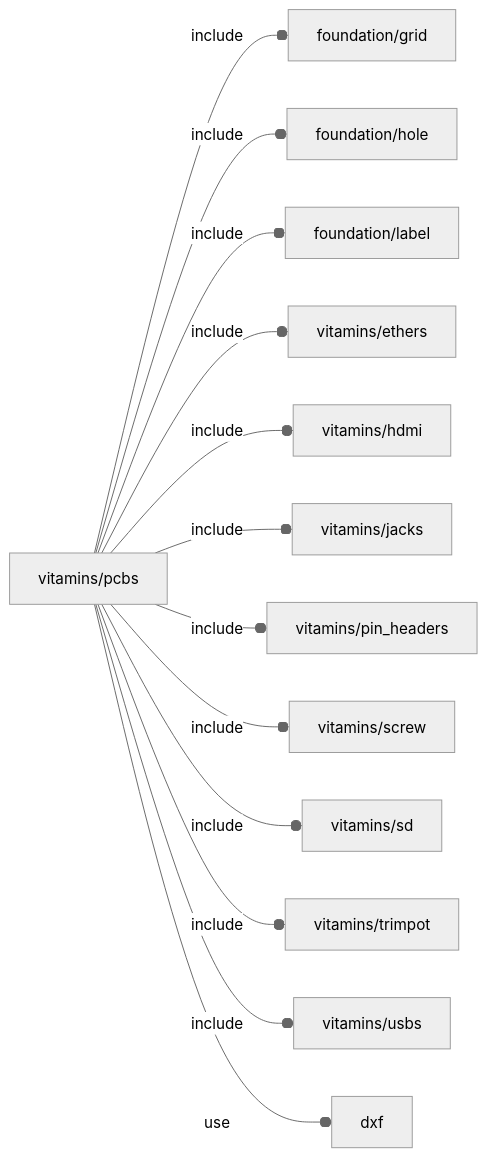
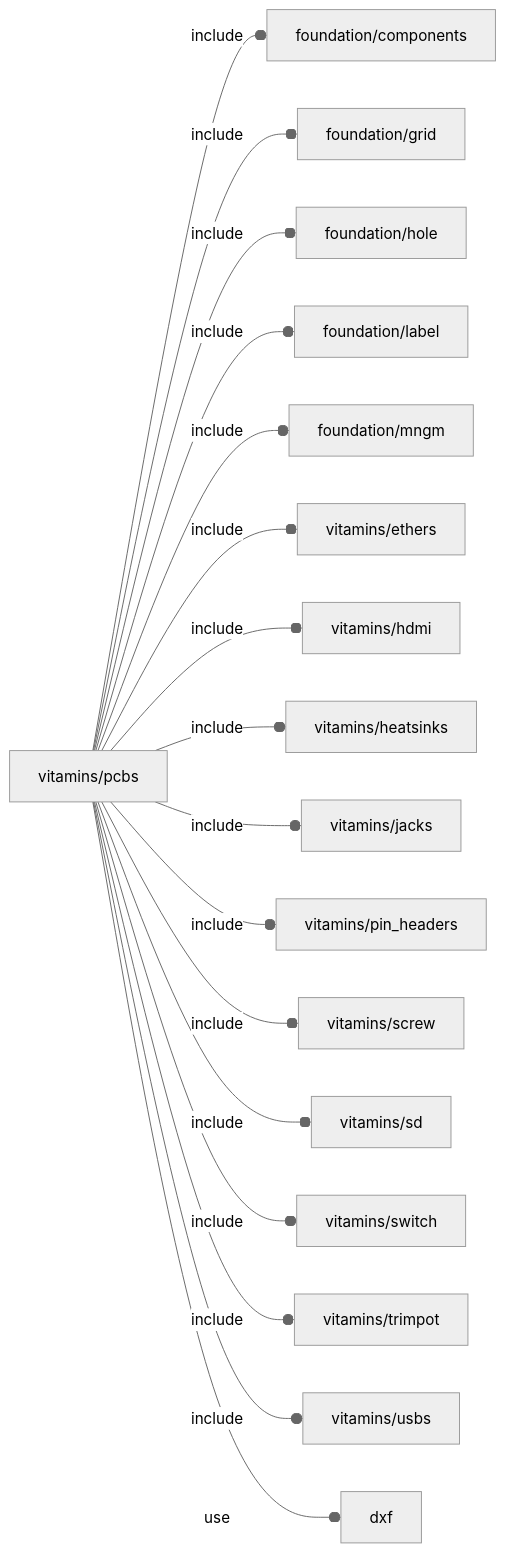
One commit to ggabbiani/OFL changed the diagram in orthodocs/vitamins/pcbs.md. Above: the diagram before and after it, drawn with Mermaid (neutral theme). The commit also changed other lines of this file and 39 other files, not shown here.

````diff
--- a/orthodocs/vitamins/pcbs.md
+++ b/orthodocs/vitamins/pcbs.md
@@ -5,15 +5,19 @@
 ```mermaid
 graph LR
-    A1[vitamins/pcbs] --o|include| A2[foundation/grid]
-    A1 --o|include| A3[foundation/hole]
-    A1 --o|include| A4[foundation/label]
-    A1 --o|include| A5[vitamins/ethers]
-    A1 --o|include| A6[vitamins/hdmi]
-    A1 --o|include| A7[vitamins/jacks]
-    A1 --o|include| A8[vitamins/pin_headers]
-    A1 --o|include| A9[vitamins/screw]
-    A1 --o|include| A10[vitamins/sd]
-    A1 --o|include| A11[vitamins/trimpot]
-    A1 --o|include| A12[vitamins/usbs]
-    A1 --o|use| A13[dxf]
+    A1[vitamins/pcbs] --o|include| A2[foundation/components]
+    A1 --o|include| A3[foundation/grid]
+    A1 --o|include| A4[foundation/hole]
+    A1 --o|include| A5[foundation/label]
+    A1 --o|include| A6[foundation/mngm]
+    A1 --o|include| A7[vitamins/ethers]
+    A1 --o|include| A8[vitamins/hdmi]
+    A1 --o|include| A9[vitamins/heatsinks]
+    A1 --o|include| A10[vitamins/jacks]
+    A1 --o|include| A11[vitamins/pin_headers]
+    A1 --o|include| A12[vitamins/screw]
+    A1 --o|include| A13[vitamins/sd]
+    A1 --o|include| A14[vitamins/switch]
+    A1 --o|include| A15[vitamins/trimpot]
+    A1 --o|include| A16[vitamins/usbs]
+    A1 --o|use| A17[dxf]
 ```
````
